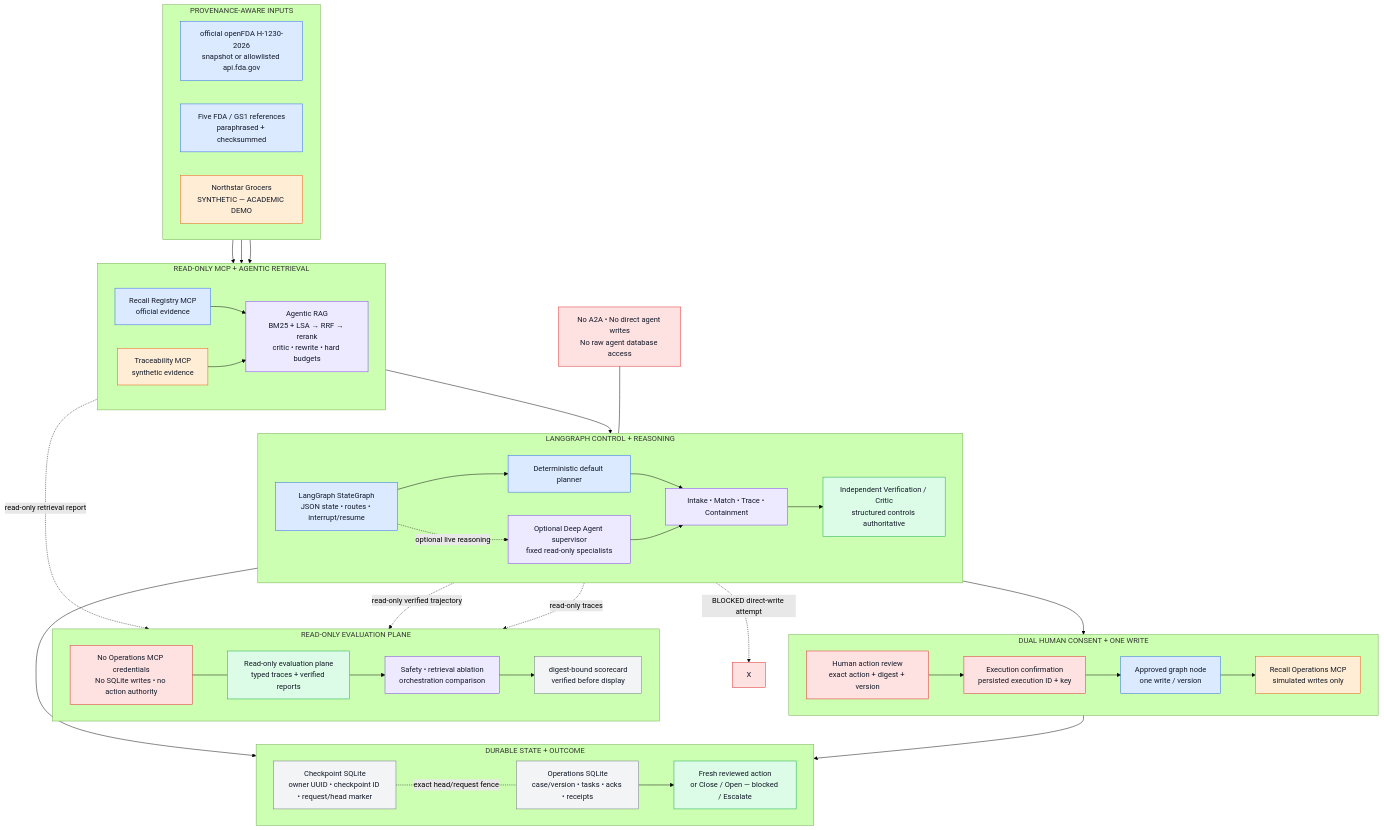
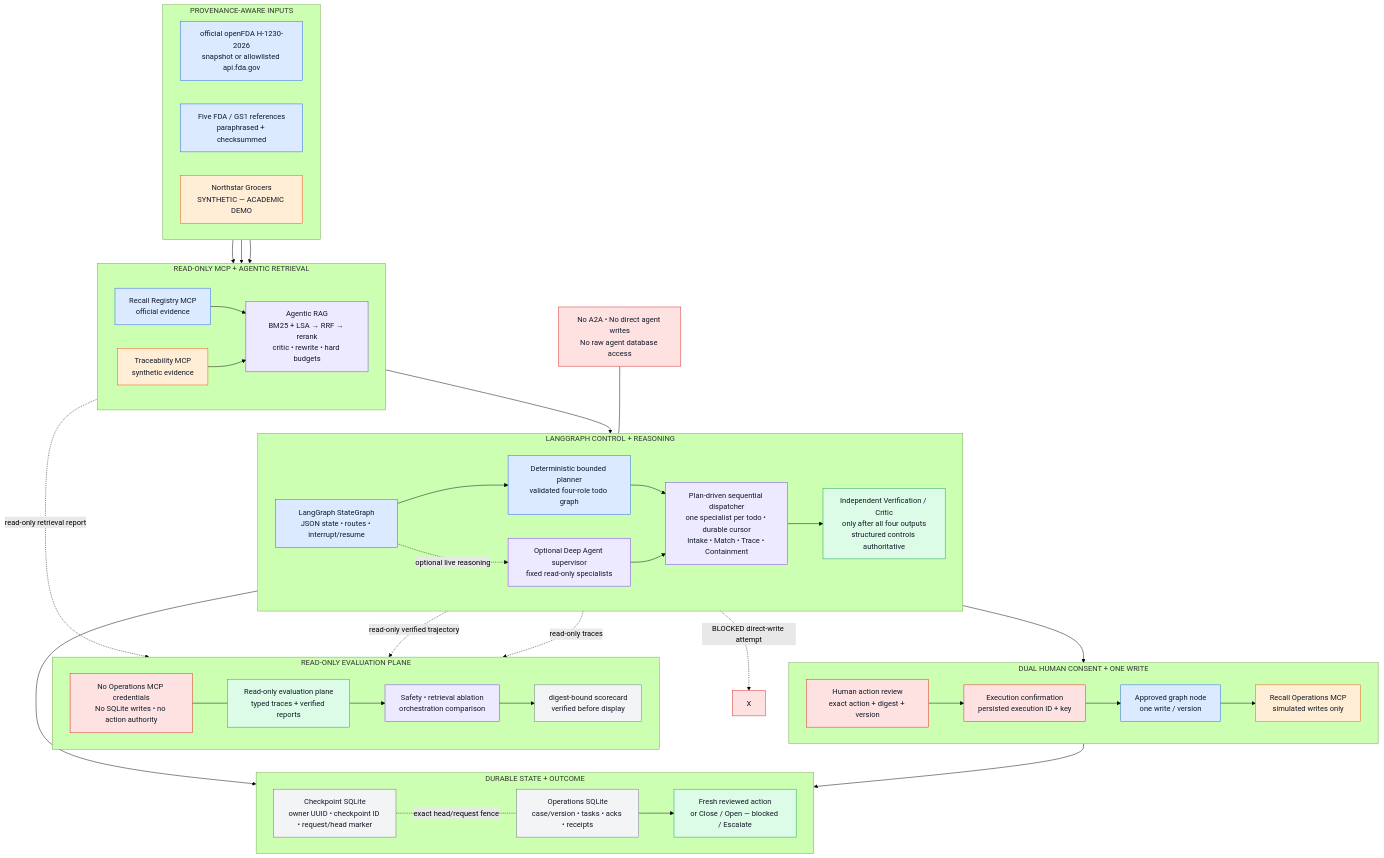
The diagram in docs/images/02_system_architecture.mmd (nagarjunakanamarlapudi/reacall-agents), drawn with Mermaid (forest theme) before and after one commit. The commit also changed 28 other files, not shown here.

Commit message:
feat: drive specialists from validated plan

```diff
--- a/docs/images/02_system_architecture.mmd
+++ b/docs/images/02_system_architecture.mmd
@@ -1,75 +1,75 @@
 flowchart TB
   classDef official fill:#dbeafe,stroke:#2563eb,color:#111827
   classDef synthetic fill:#ffedd5,stroke:#ea580c,color:#111827
   classDef reason fill:#ede9fe,stroke:#7c3aed,color:#111827
   classDef verify fill:#dcfce7,stroke:#16a34a,color:#111827
   classDef action fill:#ffedd5,stroke:#ea580c,color:#111827
   classDef human fill:#fee2e2,stroke:#dc2626,color:#111827
   classDef state fill:#f3f4f6,stroke:#6b7280,color:#111827
 
   subgraph INPUTS["PROVENANCE-AWARE INPUTS"]
     direction LR
     O["official openFDA H-1230-2026<br/>snapshot or allowlisted api.fda.gov"]:::official
     P["Five FDA / GS1 references<br/>paraphrased + checksummed"]:::official
     S["Northstar Grocers<br/>SYNTHETIC — ACADEMIC DEMO"]:::synthetic
   end
 
   subgraph READS["READ-ONLY MCP + AGENTIC RETRIEVAL"]
     direction LR
     RR["Recall Registry MCP<br/>official evidence"]:::official
     RAG["Agentic RAG<br/>BM25 + LSA → RRF → rerank<br/>critic • rewrite • hard budgets"]:::reason
     TM["Traceability MCP<br/>synthetic evidence"]:::synthetic
     RR --> RAG
     TM --> RAG
   end
 
   subgraph CONTROL["LANGGRAPH CONTROL + REASONING"]
     direction LR
     G["LangGraph StateGraph<br/>JSON state • routes • interrupt/resume"]:::official
-    DP["Deterministic default planner"]:::official
+    DP["Deterministic bounded planner<br/>validated four-role todo graph"]:::official
     DA["Optional Deep Agent supervisor<br/>fixed read-only specialists"]:::reason
-    SP["Intake • Match • Trace • Containment"]:::reason
-    VC["Independent Verification / Critic<br/>structured controls authoritative"]:::verify
+    SP["Plan-driven sequential dispatcher<br/>one specialist per todo • durable cursor<br/>Intake • Match • Trace • Containment"]:::reason
+    VC["Independent Verification / Critic<br/>only after all four outputs<br/>structured controls authoritative"]:::verify
     G --> DP --> SP --> VC
     G -. optional live reasoning .-> DA --> SP
   end
 
   subgraph EVALUATION["READ-ONLY EVALUATION PLANE"]
     direction LR
     EV["Read-only evaluation plane<br/>typed traces + verified reports"]:::verify
     SUITES["Safety • retrieval ablation<br/>orchestration comparison"]:::reason
     SCORE["digest-bound scorecard<br/>verified before display"]:::state
     EVALSAFE["No Operations MCP credentials<br/>No SQLite writes • no action authority"]:::human
     EV --> SUITES --> SCORE
     EVALSAFE --- EV
   end
 
   subgraph CONSENT["DUAL HUMAN CONSENT + ONE WRITE"]
     direction LR
     HR["Human action review<br/>exact action + digest + version"]:::human
     EC["Execution confirmation<br/>persisted execution ID + key"]:::human
     GN["Approved graph node<br/>one write / version"]:::official
     OM["Recall Operations MCP<br/>simulated writes only"]:::action
     HR --> EC --> GN --> OM
   end
 
   subgraph DURABLE["DURABLE STATE + OUTCOME"]
     direction LR
     CP["Checkpoint SQLite<br/>owner UUID • checkpoint ID • request/head marker"]:::state
     OP["Operations SQLite<br/>case/version • tasks • acks • receipts"]:::state
     OUT["Fresh reviewed action<br/>or Close / Open — blocked / Escalate"]:::verify
     CP -. exact head/request fence .- OP --> OUT
   end
 
   O --> RR
   P --> RR
   S --> TM
   RAG --> G
   RAG -. read-only retrieval report .-> EV
   G -. read-only traces .-> EV
   VC -. read-only verified trajectory .-> EV
   VC --> HR
   OM --> OP
   G --> CP
   SP -. "BLOCKED direct-write attempt" .-> X["X"]:::human
   SAFE["No A2A • No direct agent writes<br/>No raw agent database access"]:::human --- G
```
